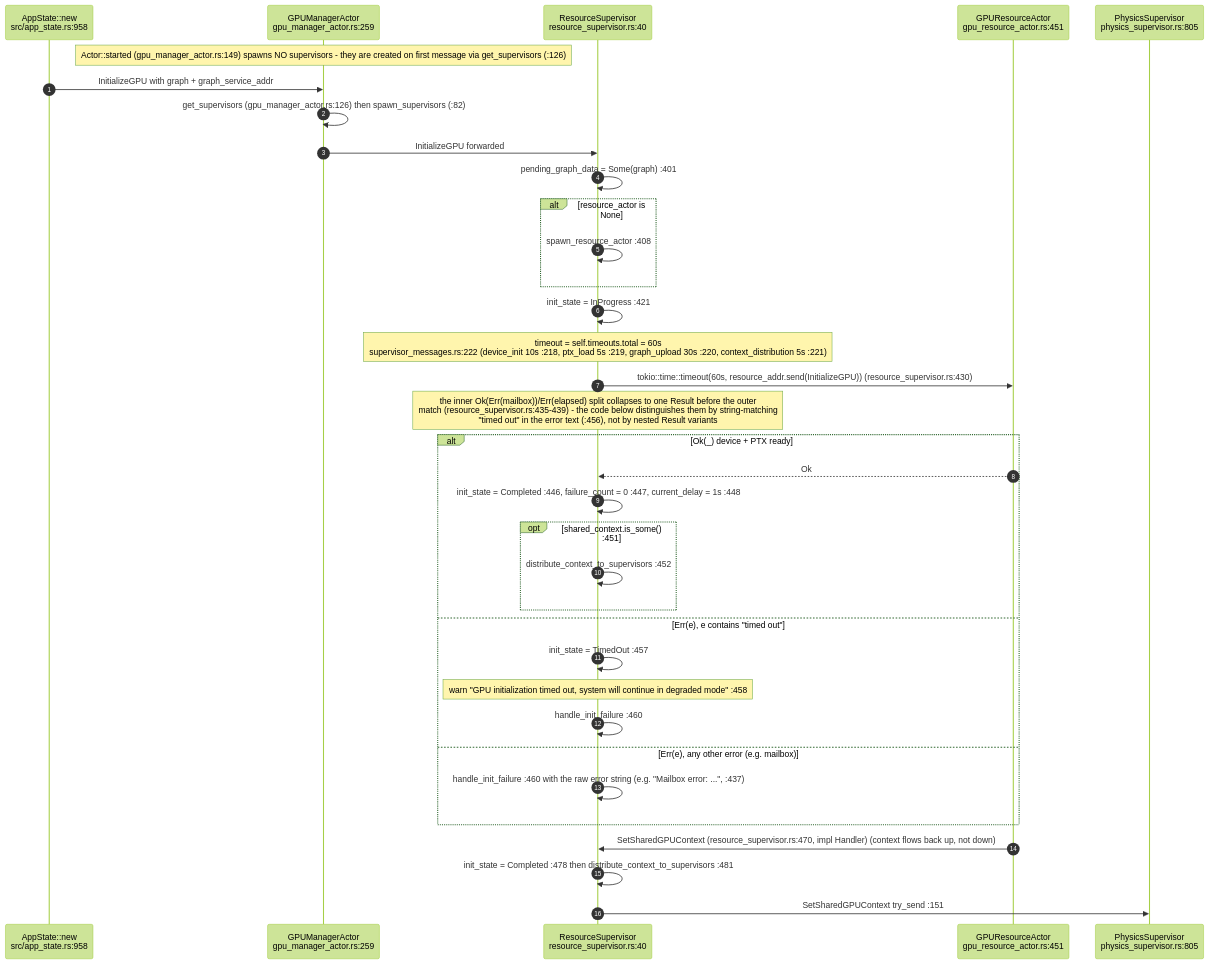
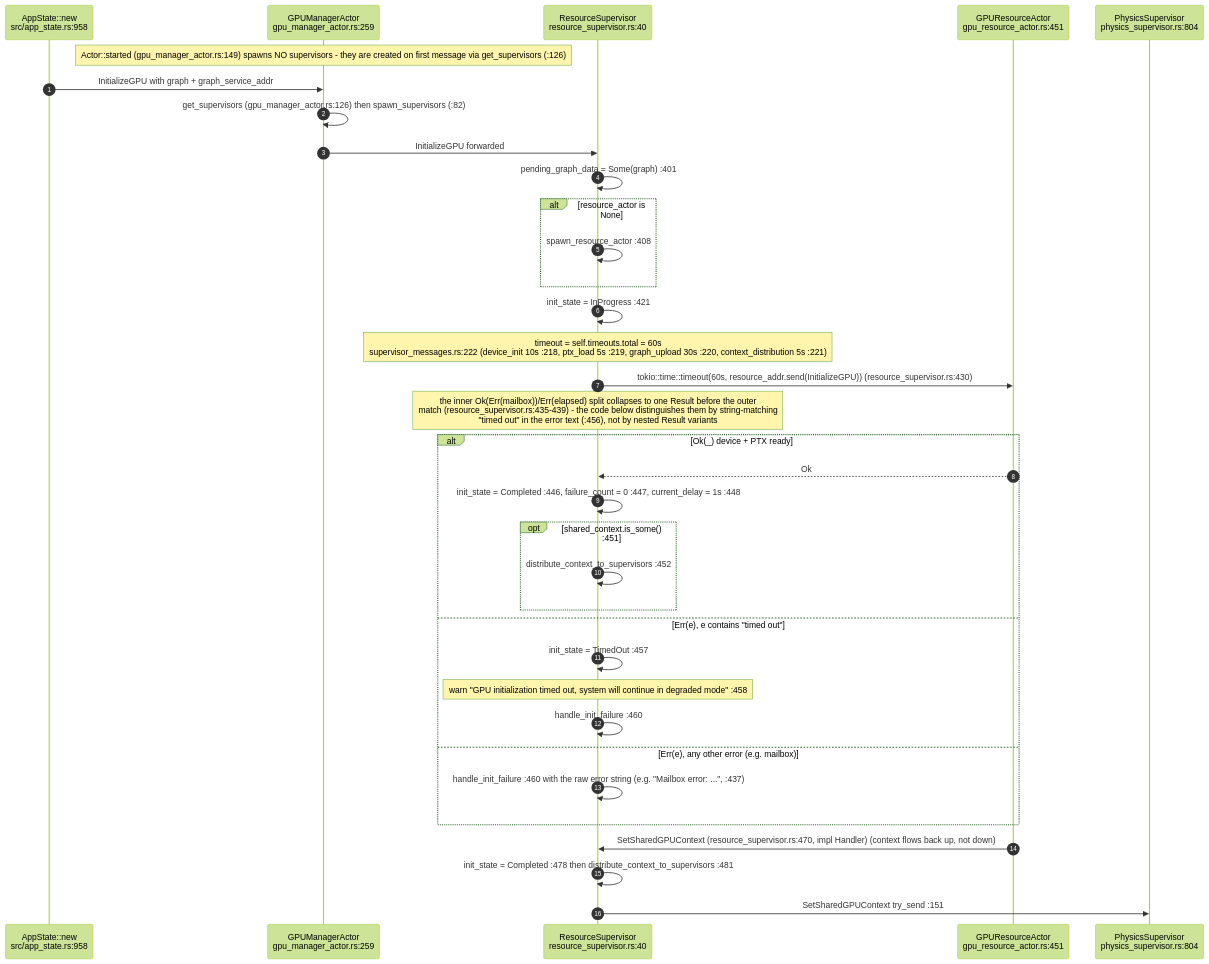
Before and after one commit to DreamLab-AI/VisionFlow: the second of 8 diagrams in docs/diagrams/visionclaw/10-gpu-supervision-and-context-bus.md, drawn with Mermaid (forest theme). The commit also changed other lines of this file and 56 other files, not shown here.

First line of the commit message:
docs(diagrams): re-verify VisionClaw topics at ec785afa9, add VC-19/56/57 and the VisionClaw register

````diff
--- a/docs/diagrams/visionclaw/10-gpu-supervision-and-context-bus.md
+++ b/docs/diagrams/visionclaw/10-gpu-supervision-and-context-bus.md
@@ -87,38 +95,38 @@
 ```mermaid
 sequenceDiagram
     autonumber
     participant APP as AppState::new<br/>src/app_state.rs:958
     participant GM as GPUManagerActor<br/>gpu_manager_actor.rs:259
     participant RS as ResourceSupervisor<br/>resource_supervisor.rs:40
     participant GRA as GPUResourceActor<br/>gpu_resource_actor.rs:451
-    participant PS as PhysicsSupervisor<br/>physics_supervisor.rs:805
+    participant PS as PhysicsSupervisor<br/>physics_supervisor.rs:804
 
     Note over GM: Actor::started (gpu_manager_actor.rs:149) spawns NO supervisors - they are created on first message via get_supervisors (:126)
     APP->>GM: InitializeGPU with graph + graph_service_addr
     GM->>GM: get_supervisors (gpu_manager_actor.rs:126) then spawn_supervisors (:82)
     GM->>RS: InitializeGPU forwarded
     RS->>RS: pending_graph_data = Some(graph) :401
     alt resource_actor is None
         RS->>RS: spawn_resource_actor :408
     end
     RS->>RS: init_state = InProgress :421
     Note over RS: timeout = self.timeouts.total = 60s<br/>supervisor_messages.rs:222 (device_init 10s :218, ptx_load 5s :219, graph_upload 30s :220, context_distribution 5s :221)
     RS->>GRA: tokio::time::timeout(60s, resource_addr.send(InitializeGPU)) (resource_supervisor.rs:430)
     Note over RS: the inner Ok(Err(mailbox))/Err(elapsed) split collapses to one Result before the outer<br/>match (resource_supervisor.rs:435-439) - the code below distinguishes them by string-matching<br/>"timed out" in the error text (:456), not by nested Result variants
     alt Ok(_) device + PTX ready
         GRA-->>RS: Ok
         RS->>RS: init_state = Completed :446, failure_count = 0 :447, current_delay = 1s :448
         opt shared_context.is_some() :451
             RS->>RS: distribute_context_to_supervisors :452
         end
     else Err(e), e contains "timed out"
         RS->>RS: init_state = TimedOut :457
         Note over RS: warn "GPU initialization timed out, system will continue in degraded mode" :458
         RS->>RS: handle_init_failure :460
     else Err(e), any other error (e.g. mailbox)
         RS->>RS: handle_init_failure :460 with the raw error string (e.g. "Mailbox error: ...", :437)
     end
     GRA->>RS: SetSharedGPUContext (resource_supervisor.rs:470, impl Handler) (context flows back up, not down)
     RS->>RS: init_state = Completed :478 then distribute_context_to_supervisors :481
     RS->>PS: SetSharedGPUContext try_send :151
 ```
````
